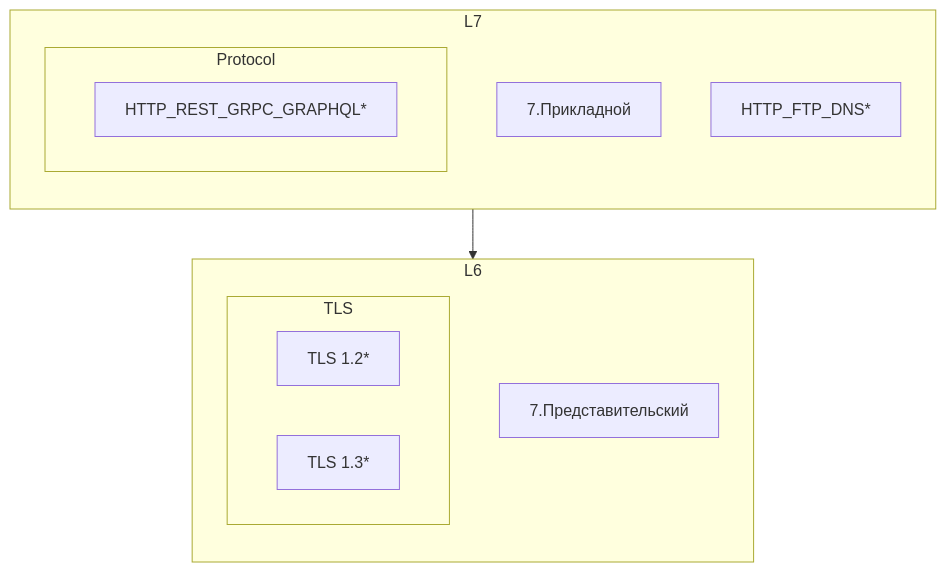
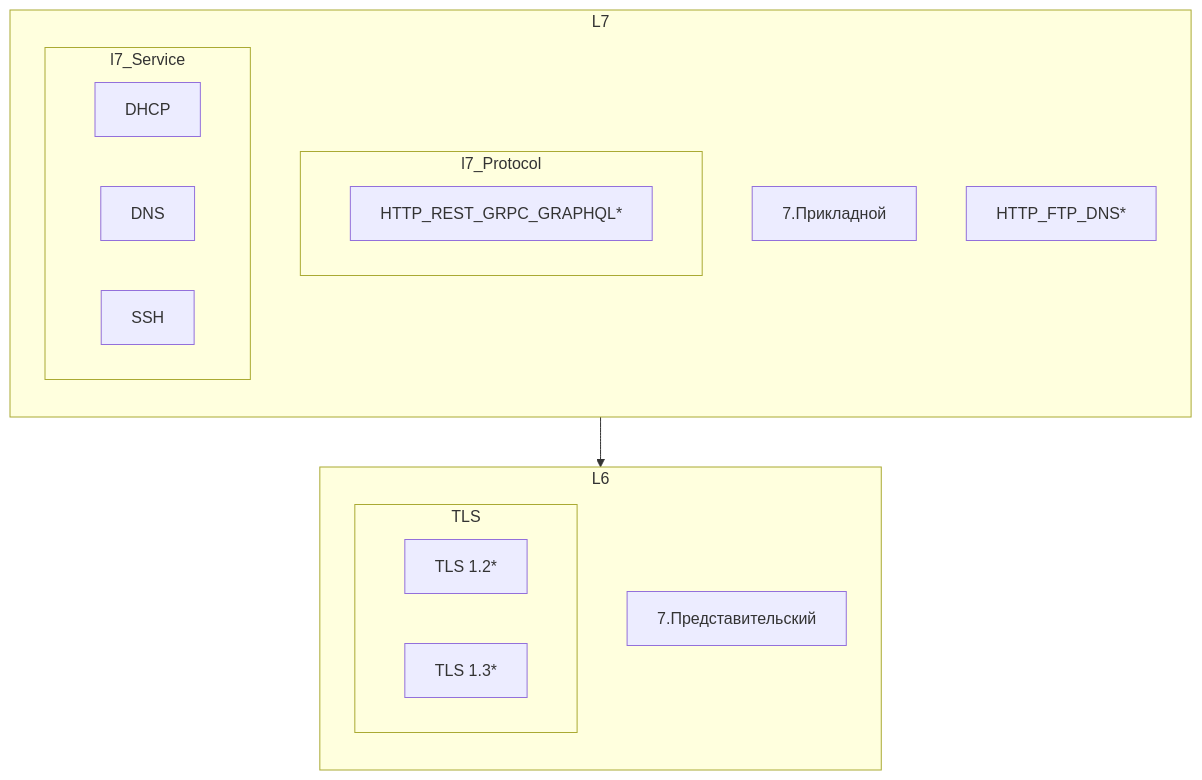
Before and after one commit to Firzen475/Common: the first of 3 diagrams in __00_Собес__/01_Сеть/README.md, drawn with Mermaid. The commit also changed other lines of this file and 1 other file, not shown here.

````diff
--- a/__00_Собес__/01_Сеть/README.md
+++ b/__00_Собес__/01_Сеть/README.md
@@ -8,33 +6,39 @@
 ```mermaid
 flowchart TB
     subgraph L7
         direction TB
         application["7.Прикладной"]
-        subgraph Protocol
+        subgraph l7_Protocol
             HTTP_REST_GRPC_GRAPHQL["HTTP_REST_GRPC_GRAPHQL*"]
             click HTTP_REST_GRPC_GRAPHQL "https://github.com/Firzen475/Common/blob/main/__01_base__/_02_net_/L7/Protocol.md" "Перейти к разделу"
+        end
+        subgraph l7_Service
+            dhcp[DHCP]
+            click dhcp "https://github.com/Firzen475/Common/blob/main/__01_base__/_02_net_/L7/Service.md#DHCP"
+            dns[DNS]
+            ssh[SSH]
         end
         HTTP_FTP_DNS["HTTP_FTP_DNS*"]
         
     end
     subgraph L6
         direction TB
         presentation["7.Представительский"]
         subgraph TLS
             TLS12["TLS 1.2*"]
             click TLS12 "#TLS-12" "Перейти к разделу"
             TLS13["TLS 1.3*"]
             click TLS13 "#TLS-13" "Перейти к разделу"
         end
         
     end
 
 
 
 
 
 
 
     L7 --> L6
 
 ```
````
